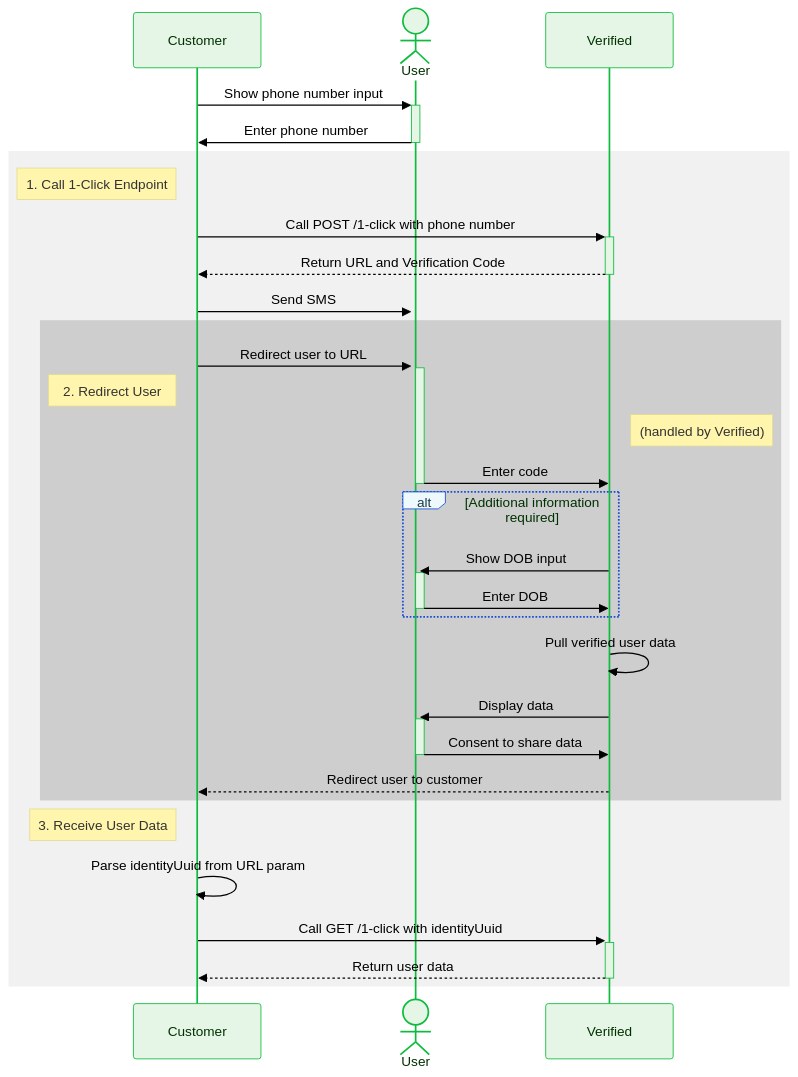
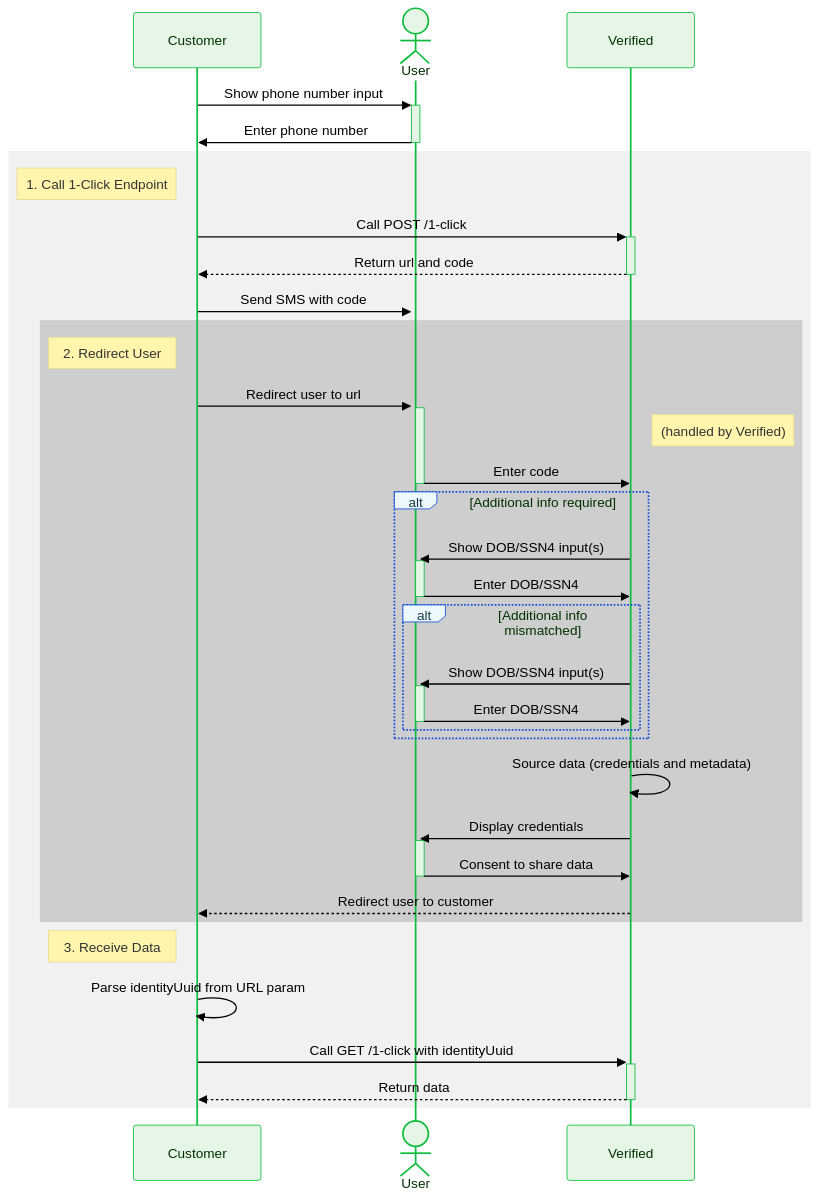
Before and after one commit to VerifiedInc/VerifiedInc.github.io: the diagram in versioned_docs/version-2/reusables/sequence-diagram-hosted.mdx, drawn with Mermaid. The commit also changed 31 other files, not shown here.

Commit message:
Updates across many files to add support for SSN4 input

````diff
--- a/versioned_docs/version-2/reusables/sequence-diagram-hosted.mdx
+++ b/versioned_docs/version-2/reusables/sequence-diagram-hosted.mdx
@@ -3,55 +3,58 @@
 ```mermaid
 %%{
     init: {
         'theme': 'base',
         'themeVariables': {
             'primaryColor': '#e6f6e6',
             'primaryTextColor': '#003100',
             'primaryBorderColor': '#0dbc3d',
             'secondaryColor': '#eef9fd',
             'secondaryTextColor': '#193c47',
             'secondaryBorderColor': '#164fd6',
             'activationBkgColor': '#e6f6e6',
             'activationBorderColor': '#0dbc3d',
             'labelBoxBkgColor': '#eef9fd',
             'labelBoxBorderColor': '#164fd6',
             'labelTextColor': '#193c47',
             'edgeLabelBackground': '#ffffff',
             'textColor': '#000000',
             'fontFamily': 'Lato'
         }
     }
 }%%
 sequenceDiagram
     participant C as Customer
     actor U as User
     participant V as Verified
     C->>+U: Show phone number input
     U->>-C: Enter phone number
     rect rgb(200,200,200,0.25)
         note left of C: 1. Call 1-Click Endpoint
-        C->>+V: Call POST /1-click with phone number
-        V-->>-C: Return URL and Verification Code    
-        C->>+U: Send SMS
+        C->>+V: Call POST /1-click
+        V-->>-C: Return url and code    
+        C->>+U: Send SMS with code
         rect rgb(200,200,200,0.85)
-            C->>+U: Redirect user to URL
             note left of C: 2. Redirect User
+            C->>+U: Redirect user to url
             note right of V: (handled by Verified)
-            
             U->>-V: Enter code
-            alt Additional information required
-                V->>+U: Show DOB input
-                U->>-V: Enter DOB
+            alt Additional info required
+                V->>+U: Show DOB/SSN4 input(s)
+                U->>-V: Enter DOB/SSN4
+                alt Additional info mismatched
+                    V->>+U: Show DOB/SSN4 input(s)
+                    U->>-V: Enter DOB/SSN4
+                end
             end
-            V->>V: Pull verified user data
-            V->>+U: Display data
+            V->>V: Source data (credentials and metadata)
+            V->>+U: Display credentials
             U->>-V: Consent to share data
             V-->>C: Redirect user to customer
         end
-        note left of C: 3. Receive User Data
+        note left of C: 3. Receive Data
         
         C->>C: Parse identityUuid from URL param
         C->>+V: Call GET /1-click with identityUuid
-        V-->>-C: Return user data    
+        V-->>-C: Return data    
     end
 ```
````
